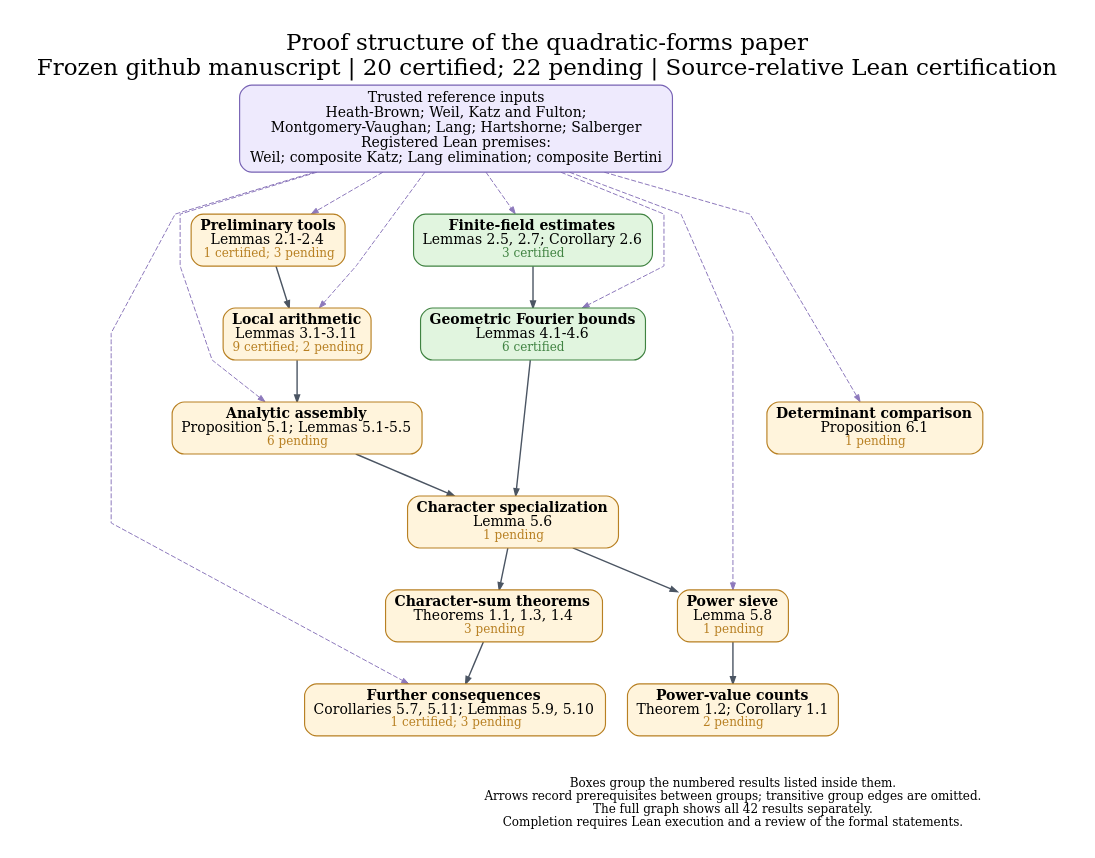
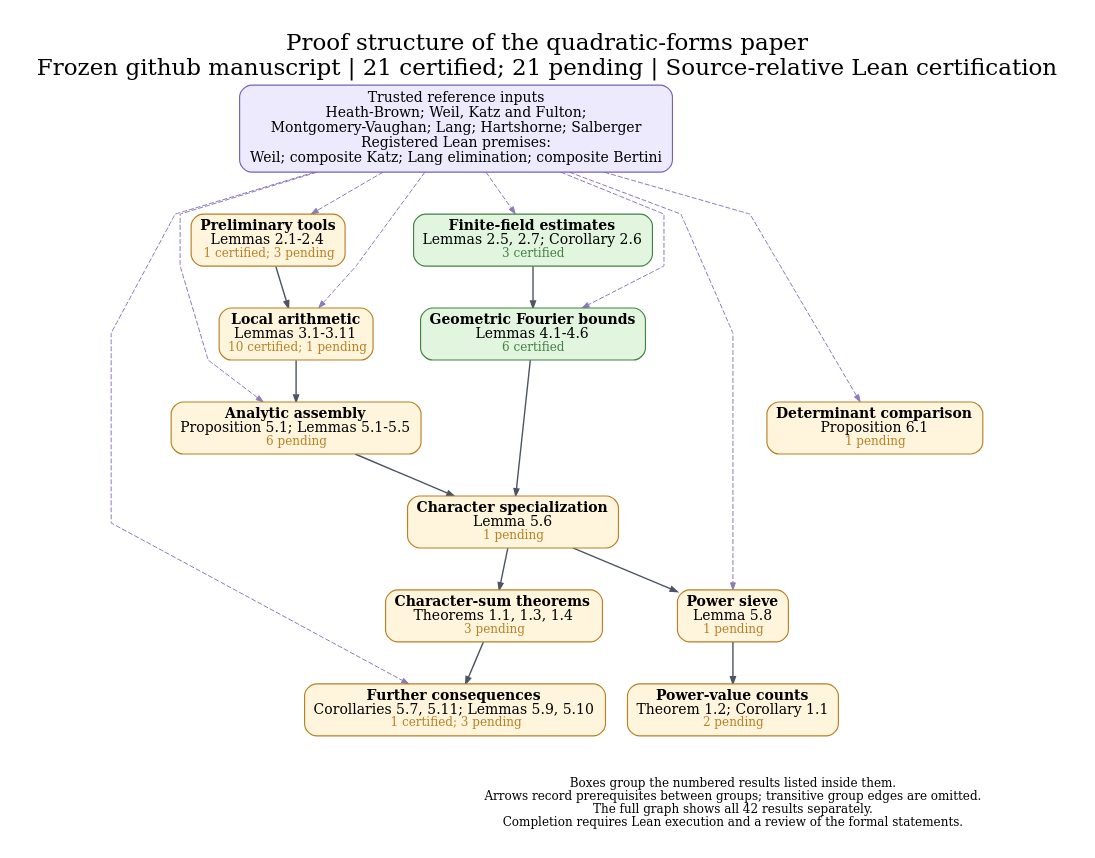
Before and after one commit to nicolasrobles/quaternary-quadratic-forms: the diagram in docs/dependency_overview.dot, drawn with Graphviz. The commit also changed 28 other files, not shown here.

```diff
--- a/docs/dependency_overview.dot
+++ b/docs/dependency_overview.dot
@@ -1,43 +1,43 @@
 digraph Overview {
 graph [rankdir=TB, newrank=true, compound=true, outputorder=edgesfirst,
   bgcolor="white", fontname="DejaVu Serif", fontsize=23, labelloc=t,
-  label="Proof structure of the quadratic-forms paper\nFrozen github manuscript | 20 certified; 22 pending | Source-relative Lean certification",
+  label="Proof structure of the quadratic-forms paper\nFrozen github manuscript | 21 certified; 21 pending | Source-relative Lean certification",
   nodesep=0.30, ranksep=0.58, pad=0.28, splines=polyline];
 node [shape=box, style="rounded,filled", fillcolor="#fff4dc", color="#b88023",
   fontname="DejaVu Serif", fontsize=14, penwidth=1.15, margin="0.12,0.09"];
 edge [color="#4b5563", arrowsize=0.70, penwidth=1.05];
 sources [label="Trusted reference inputs\nHeath-Brown; Weil, Katz and Fulton;\nMontgomery-Vaughan; Lang; Hartshorne; Salberger\nRegistered Lean premises:\nWeil; composite Katz; Lang elimination; composite Bertini", fillcolor="#eeeafd", color="#7762b4", fontsize=14];
 "prelim" [label=<<B>Preliminary tools</B><BR/>Lemmas 2.1-2.4<BR/><FONT POINT-SIZE="12" COLOR="#b88023">1 certified; 3 pending</FONT>>, fillcolor="#fff4dc", color="#b88023", URL="https://github.com/nicolasrobles/quaternary-quadratic-forms/blob/main/INVENTORY.md", target="_blank"];
 "finite" [label=<<B>Finite-field estimates</B><BR/>Lemmas 2.5, 2.7; Corollary 2.6<BR/><FONT POINT-SIZE="12" COLOR="#408342">3 certified</FONT>>, fillcolor="#e1f5df", color="#408342", URL="https://github.com/nicolasrobles/quaternary-quadratic-forms/blob/main/INVENTORY.md", target="_blank"];
-"local" [label=<<B>Local arithmetic</B><BR/>Lemmas 3.1-3.11<BR/><FONT POINT-SIZE="12" COLOR="#b88023">9 certified; 2 pending</FONT>>, fillcolor="#fff4dc", color="#b88023", URL="https://github.com/nicolasrobles/quaternary-quadratic-forms/blob/main/INVENTORY.md", target="_blank"];
+"local" [label=<<B>Local arithmetic</B><BR/>Lemmas 3.1-3.11<BR/><FONT POINT-SIZE="12" COLOR="#b88023">10 certified; 1 pending</FONT>>, fillcolor="#fff4dc", color="#b88023", URL="https://github.com/nicolasrobles/quaternary-quadratic-forms/blob/main/INVENTORY.md", target="_blank"];
 "fourier" [label=<<B>Geometric Fourier bounds</B><BR/>Lemmas 4.1-4.6<BR/><FONT POINT-SIZE="12" COLOR="#408342">6 certified</FONT>>, fillcolor="#e1f5df", color="#408342", URL="https://github.com/nicolasrobles/quaternary-quadratic-forms/blob/main/INVENTORY.md", target="_blank"];
 "analytic" [label=<<B>Analytic assembly</B><BR/>Proposition 5.1; Lemmas 5.1-5.5<BR/><FONT POINT-SIZE="12" COLOR="#b88023">6 pending</FONT>>, fillcolor="#fff4dc", color="#b88023", URL="https://github.com/nicolasrobles/quaternary-quadratic-forms/blob/main/INVENTORY.md", target="_blank"];
 "characters" [label=<<B>Character specialization</B><BR/>Lemma 5.6<BR/><FONT POINT-SIZE="12" COLOR="#b88023">1 pending</FONT>>, fillcolor="#fff4dc", color="#b88023", URL="https://github.com/nicolasrobles/quaternary-quadratic-forms/blob/main/INVENTORY.md", target="_blank"];
 "sieve" [label=<<B>Power sieve</B><BR/>Lemma 5.8<BR/><FONT POINT-SIZE="12" COLOR="#b88023">1 pending</FONT>>, fillcolor="#fff4dc", color="#b88023", URL="https://github.com/nicolasrobles/quaternary-quadratic-forms/blob/main/INVENTORY.md", target="_blank"];
 "consequences" [label=<<B>Further consequences</B><BR/>Corollaries 5.7, 5.11; Lemmas 5.9, 5.10<BR/><FONT POINT-SIZE="12" COLOR="#b88023">1 certified; 3 pending</FONT>>, fillcolor="#fff4dc", color="#b88023", URL="https://github.com/nicolasrobles/quaternary-quadratic-forms/blob/main/INVENTORY.md", target="_blank"];
 "maincharacters" [label=<<B>Character-sum theorems</B><BR/>Theorems 1.1, 1.3, 1.4<BR/><FONT POINT-SIZE="12" COLOR="#b88023">3 pending</FONT>>, fillcolor="#fff4dc", color="#b88023", URL="https://github.com/nicolasrobles/quaternary-quadratic-forms/blob/main/INVENTORY.md", target="_blank"];
 "mainpowers" [label=<<B>Power-value counts</B><BR/>Theorem 1.2; Corollary 1.1<BR/><FONT POINT-SIZE="12" COLOR="#b88023">2 pending</FONT>>, fillcolor="#fff4dc", color="#b88023", URL="https://github.com/nicolasrobles/quaternary-quadratic-forms/blob/main/INVENTORY.md", target="_blank"];
 "fixed" [label=<<B>Determinant comparison</B><BR/>Proposition 6.1<BR/><FONT POINT-SIZE="12" COLOR="#b88023">1 pending</FONT>>, fillcolor="#fff4dc", color="#b88023", URL="https://github.com/nicolasrobles/quaternary-quadratic-forms/blob/main/INVENTORY.md", target="_blank"];
 "analytic" -> "characters" [penwidth=1.4];
 "characters" -> "maincharacters" [penwidth=1.4];
 "characters" -> "sieve" [penwidth=1.4];
 "finite" -> "fourier" [penwidth=1.4];
 "fourier" -> "characters" [penwidth=1.4];
 "local" -> "analytic" [penwidth=1.4];
 "maincharacters" -> "consequences" [penwidth=1.4];
 "prelim" -> "local" [penwidth=1.4];
 "sieve" -> "mainpowers" [penwidth=1.4];
 sources -> "analytic" [style=dashed, color="#8d79bc", penwidth=1.0];
 sources -> "consequences" [style=dashed, color="#8d79bc", penwidth=1.0];
 sources -> "finite" [style=dashed, color="#8d79bc", penwidth=1.0];
 sources -> "fixed" [style=dashed, color="#8d79bc", penwidth=1.0];
 sources -> "fourier" [style=dashed, color="#8d79bc", penwidth=1.0];
 sources -> "local" [style=dashed, color="#8d79bc", penwidth=1.0];
 sources -> "prelim" [style=dashed, color="#8d79bc", penwidth=1.0];
 sources -> "sieve" [style=dashed, color="#8d79bc", penwidth=1.0];
 legend [shape=plain, style="", label="Boxes group the numbered results listed inside them.\nArrows record prerequisites between groups; transitive group edges are omitted.\nThe full graph shows all 42 results separately.\nCompletion requires Lean execution and a review of the formal statements.", fontsize=12];
 {rank=sink; legend;}
 "consequences" -> legend [style=invis];
 "fixed" -> legend [style=invis];
 "mainpowers" -> legend [style=invis];
 }
```
